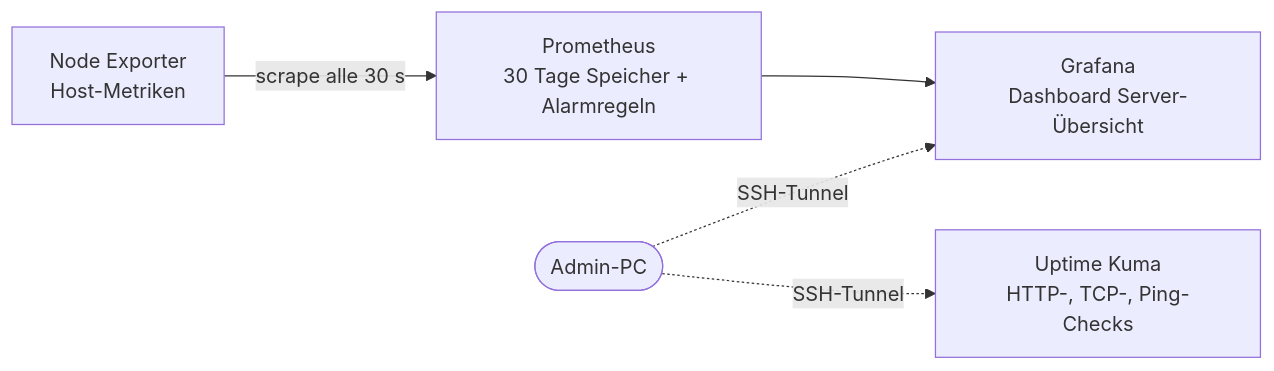
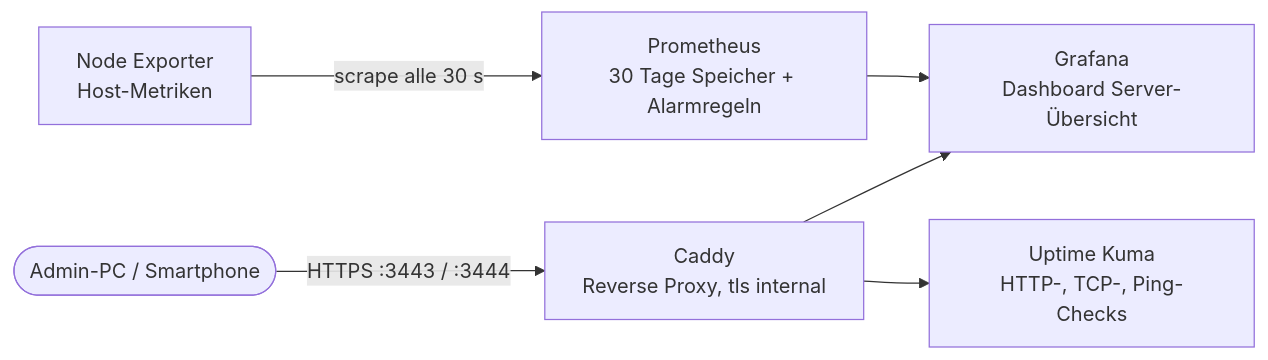
Before and after one commit to eazzy1989/docker-monitoring-stack: the diagram in README.md, drawn with Mermaid. The commit also changed other lines of this file and 1 other file, not shown here.

Commit message:
HTTPS-Zugriff über Caddy dokumentieren

````diff
--- a/README.md
+++ b/README.md
@@ -9,8 +9,9 @@
 ```mermaid
 flowchart LR
     NE[Node Exporter<br/>Host-Metriken] -->|scrape alle 30 s| P[Prometheus<br/>30 Tage Speicher + Alarmregeln]
     P --> G[Grafana<br/>Dashboard Server-Übersicht]
     UK[Uptime Kuma<br/>HTTP-, TCP-, Ping-Checks]
-    Admin([Admin-PC]) -. SSH-Tunnel .-> G
-    Admin -. SSH-Tunnel .-> UK
+    Admin([Admin-PC / Smartphone]) -->|HTTPS :3443 / :3444| C[Caddy<br/>Reverse Proxy, tls internal]
+    C --> G
+    C --> UK
 ```
````
